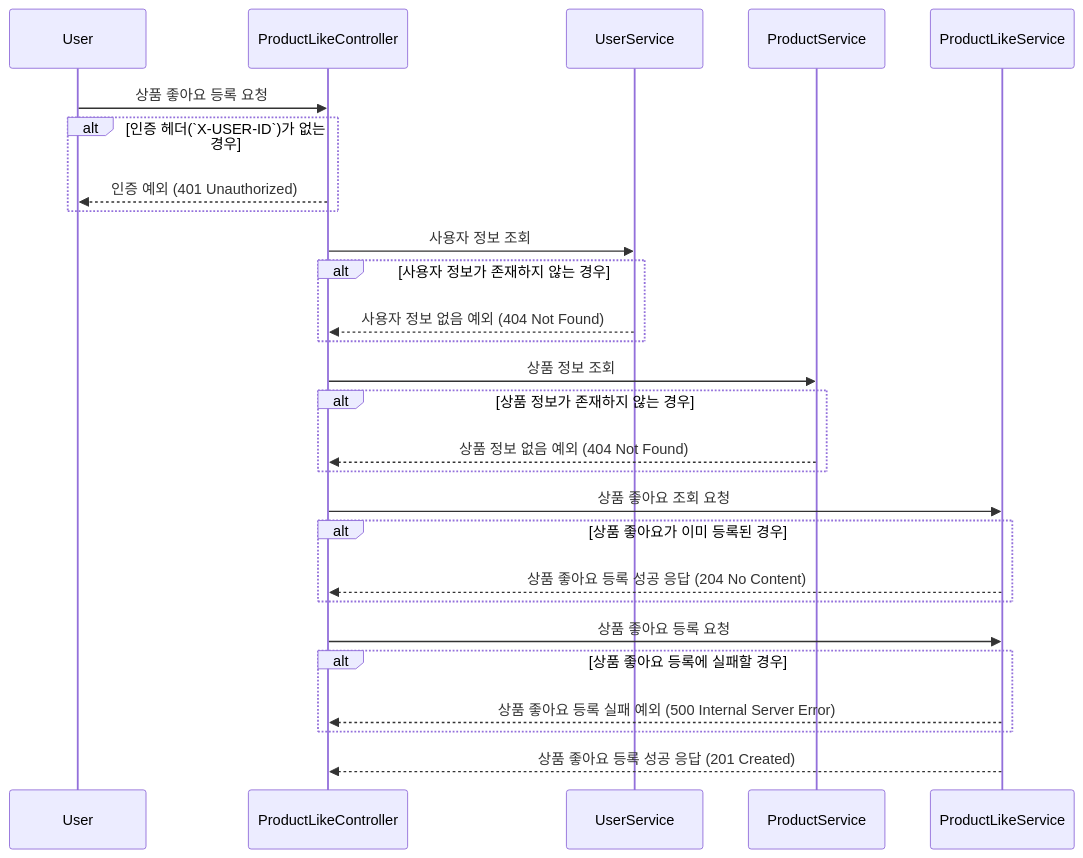
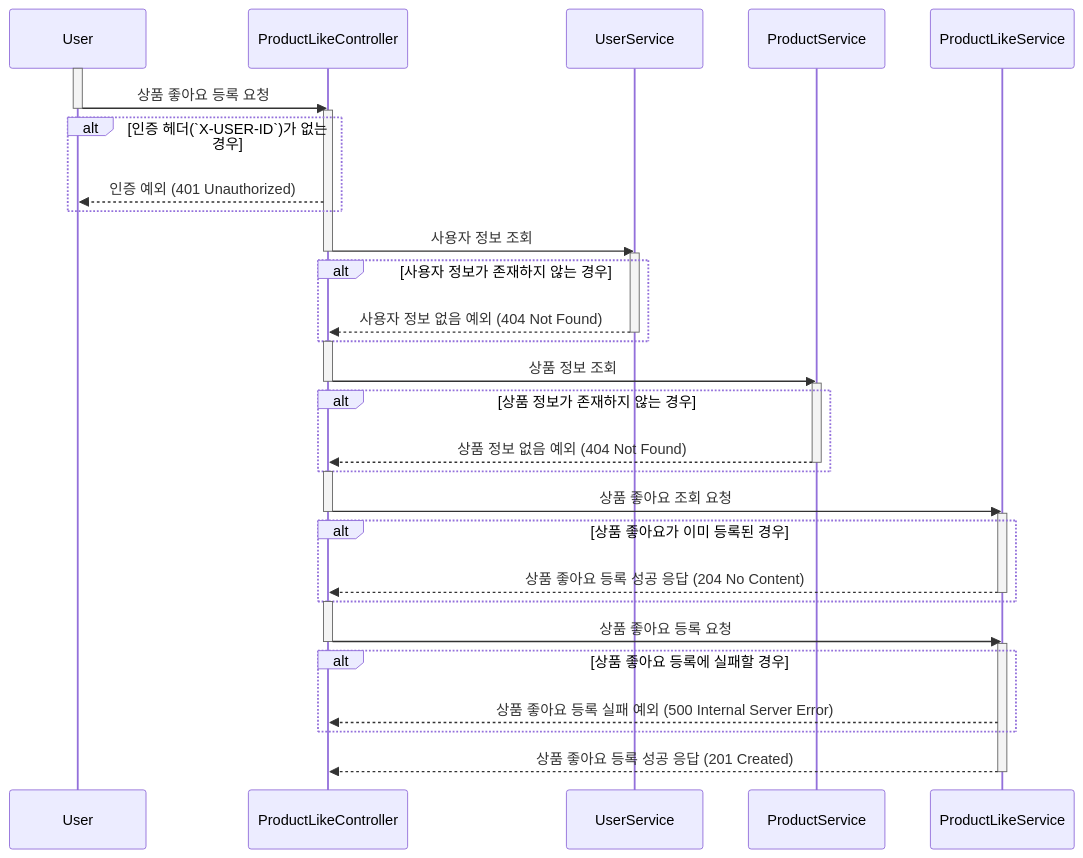
The first of 3 diagrams in docs/design/02-sequence-diagrams/product-like.md (kiekk/gamsung-commerce), drawn with Mermaid before and after one commit. The commit also changed 5 other files, not shown here.

First line of the commit message:
docs: 시퀀스 다이어그램 activate bar 추가

````diff
--- a/docs/design/02-sequence-diagrams/product-like.md
+++ b/docs/design/02-sequence-diagrams/product-like.md
@@ -5,29 +5,47 @@
 ```mermaid
 sequenceDiagram
     participant User
     participant ProductLikeController
     participant UserService
     participant ProductService
     participant ProductLikeService
+    activate User
     User ->> ProductLikeController: 상품 좋아요 등록 요청
+    deactivate User
+    activate ProductLikeController
     alt 인증 헤더(`X-USER-ID`)가 없는 경우
         ProductLikeController -->> User: 인증 예외 (401 Unauthorized)
     end
     ProductLikeController ->> UserService: 사용자 정보 조회
+    deactivate ProductLikeController
+    activate UserService
     alt 사용자 정보가 존재하지 않는 경우
         UserService -->> ProductLikeController: 사용자 정보 없음 예외 (404 Not Found)
+        deactivate UserService
     end
+    activate ProductLikeController
     ProductLikeController ->> ProductService: 상품 정보 조회
+    deactivate ProductLikeController
+    activate ProductService
     alt 상품 정보가 존재하지 않는 경우
         ProductService -->> ProductLikeController: 상품 정보 없음 예외 (404 Not Found)
+        deactivate ProductService
     end
+    activate ProductLikeController
     ProductLikeController ->> ProductLikeService: 상품 좋아요 조회 요청
+    deactivate ProductLikeController
+    activate ProductLikeService
     alt 상품 좋아요가 이미 등록된 경우
         ProductLikeService -->> ProductLikeController: 상품 좋아요 등록 성공 응답 (204 No Content)
+        deactivate ProductLikeService
     end
+    activate ProductLikeController
     ProductLikeController ->> ProductLikeService: 상품 좋아요 등록 요청
+    deactivate ProductLikeController
+    activate ProductLikeService
     alt 상품 좋아요 등록에 실패할 경우
         ProductLikeService -->> ProductLikeController: 상품 좋아요 등록 실패 예외 (500 Internal Server Error)
     end
     ProductLikeService -->> ProductLikeController: 상품 좋아요 등록 성공 응답 (201 Created)
+    deactivate ProductLikeService
 ```
````
